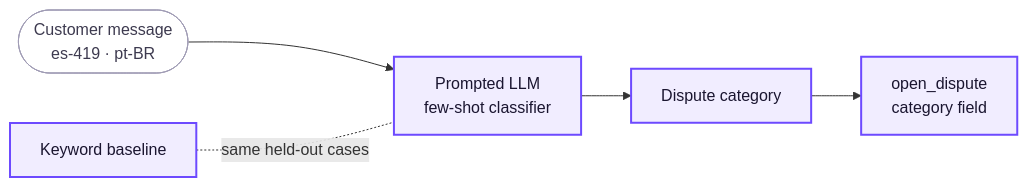
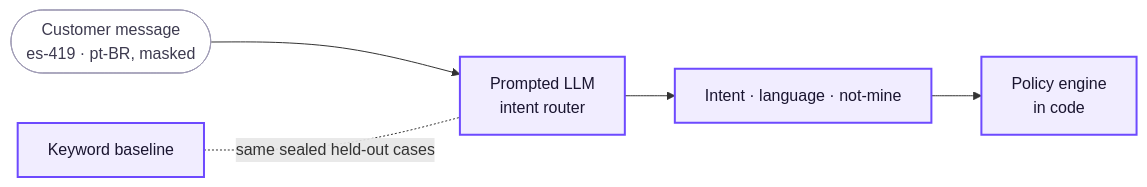
Before and after one commit to rdorta27/factored-hackathon-2026-sentinel-engine: the fourth of 5 diagrams in docs/architecture/system-architecture.md, drawn with Mermaid. The commit also changed other lines of this file and 27 other files, not shown here.

````diff
--- a/docs/architecture/system-architecture.md
+++ b/docs/architecture/system-architecture.md
@@ -179,12 +179,12 @@
 ```mermaid
 flowchart LR
-    msg(["Customer message<br/>es-419 · pt-BR"]) --> cls["Prompted LLM<br/>few-shot classifier"]
-    cls --> cat["Dispute category"]
-    cat --> open["open_dispute<br/>category field"]
-    base["Keyword baseline"] -. "same held-out cases" .- cls
+    msg(["Customer message<br/>es-419 · pt-BR, masked"]) --> cls["Prompted LLM<br/>intent router"]
+    cls --> lab["Intent · language · not-mine"]
+    lab --> pol["Policy engine<br/>in code"]
+    base["Keyword baseline"] -. "same sealed held-out cases" .- cls
 
     classDef comp fill:#f1edff,stroke:#6d4aff,stroke-width:2px,color:#1a1530
     classDef ext fill:#ffffff,stroke:#a09cb5,stroke-width:1px,color:#3d3a4f
-    class cls,cat,open,base comp
+    class cls,lab,pol,base comp
     class msg ext
 ```
````
